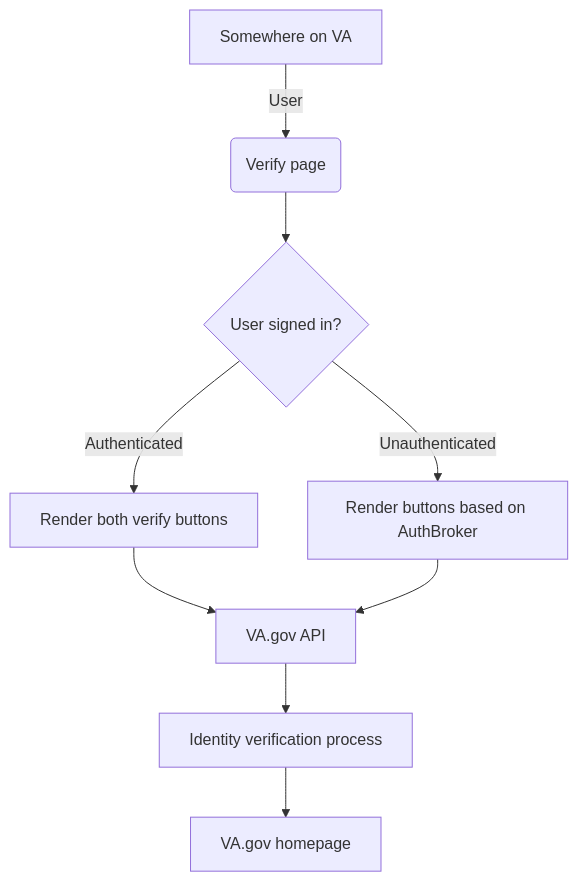
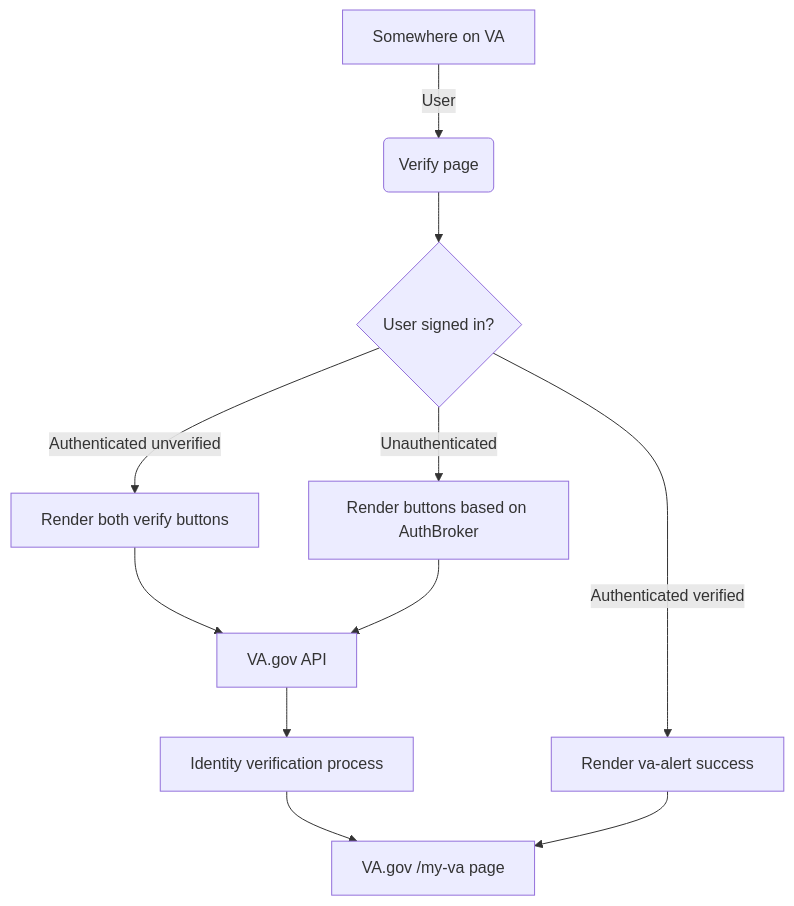
The diagram in products/identity/Frontend/applications/verify.md (department-of-veterans-affairs/va.gov-team), drawn with Mermaid before and after one commit.

````diff
--- a/products/identity/Frontend/applications/verify.md
+++ b/products/identity/Frontend/applications/verify.md
@@ -31,11 +31,13 @@
 ```mermaid
 flowchart TD
     A[Somewhere on VA] -->|User| B(Verify page)
     B --> C{User signed in?}
-    C -->|Authenticated| D[Render both verify buttons]
     C -->|Unauthenticated| E[Render buttons based on AuthBroker]
+    C -->|Authenticated unverified| D[Render both verify buttons]
+    C -->|Authenticated verified| I[Render va-alert success]
     D --> F[VA.gov API]
     E --> F[VA.gov API]
     F --> G[Identity verification process]
-    G --> H[VA.gov homepage]
+    G --> H[VA.gov /my-va page]
+    I --> H[VA.gov /my-va page]
 ```
````
